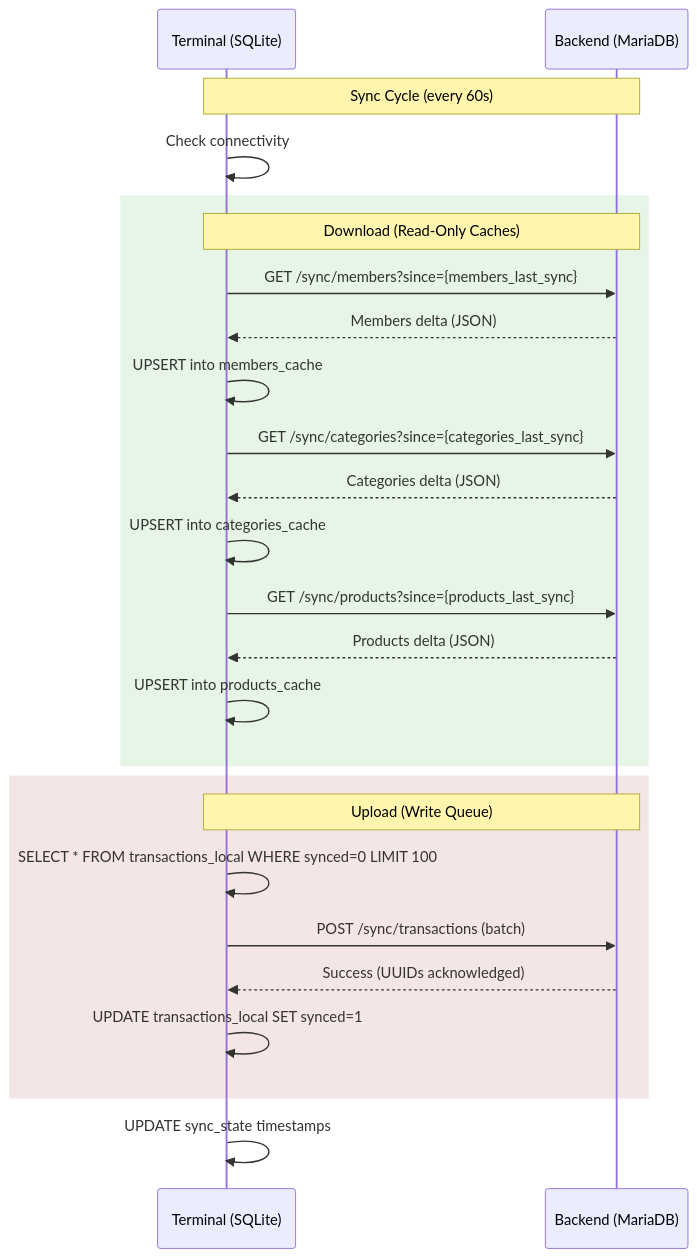
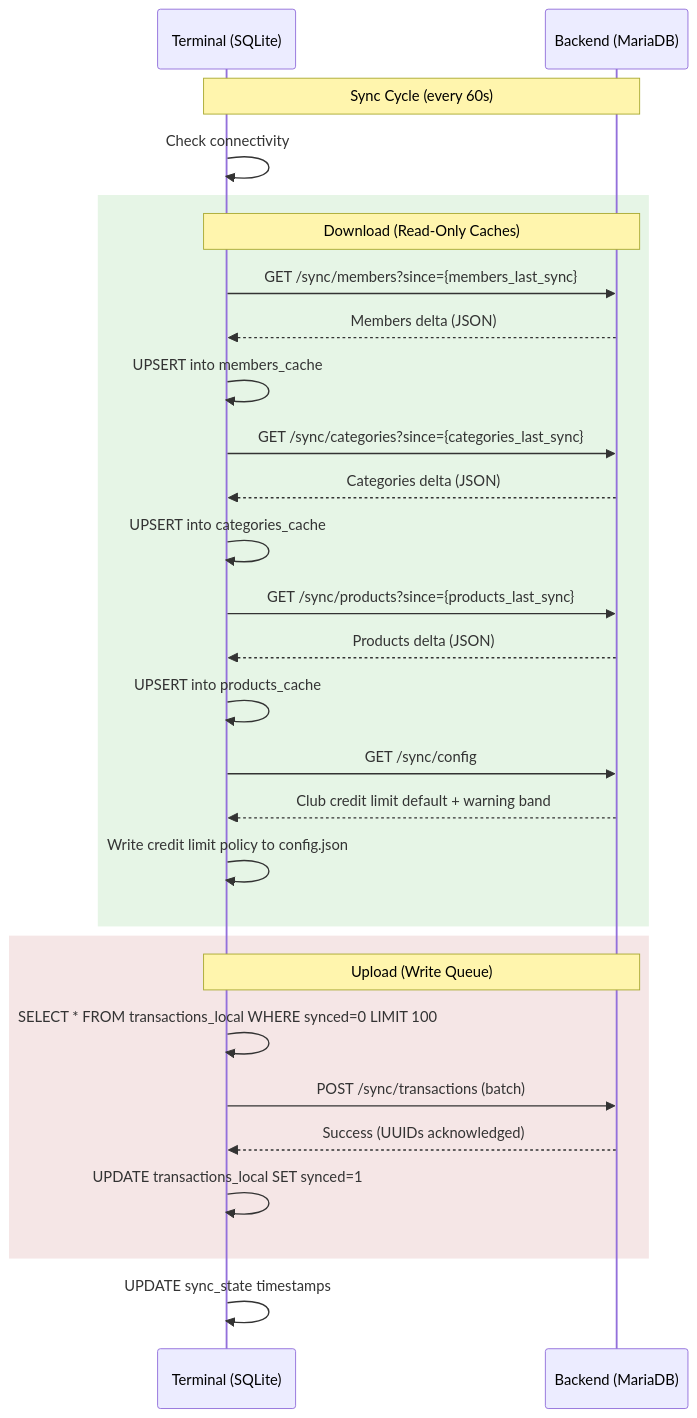
The second of 3 diagrams in docs/erm-frontend.md (dgloeckner/clubbar), drawn with Mermaid before and after one commit. The commit also changed other lines of this file and 107 other files, not shown here.

First line of the commit message:
Per-member credit limits: a club default, a per-member override (epic #555, ADR-0047) (#678)

````diff
--- a/docs/erm-frontend.md
+++ b/docs/erm-frontend.md
@@ -246,34 +259,38 @@
 ```mermaid
 sequenceDiagram
     participant T as Terminal (SQLite)
     participant B as Backend (MariaDB)
 
     Note over T,B: Sync Cycle (every 60s)
 
     T->>T: Check connectivity
 
     rect rgb(230, 245, 230)
         Note over T,B: Download (Read-Only Caches)
         T->>B: GET /sync/members?since={members_last_sync}
         B-->>T: Members delta (JSON)
         T->>T: UPSERT into members_cache
 
         T->>B: GET /sync/categories?since={categories_last_sync}
         B-->>T: Categories delta (JSON)
         T->>T: UPSERT into categories_cache
 
         T->>B: GET /sync/products?since={products_last_sync}
         B-->>T: Products delta (JSON)
         T->>T: UPSERT into products_cache
+
+        T->>B: GET /sync/config
+        B-->>T: Club credit limit default + warning band
+        T->>T: Write credit limit policy to config.json
     end
 
     rect rgb(245, 230, 230)
         Note over T,B: Upload (Write Queue)
         T->>T: SELECT * FROM transactions_local WHERE synced=0 LIMIT 100
         T->>B: POST /sync/transactions (batch)
         B-->>T: Success (UUIDs acknowledged)
         T->>T: UPDATE transactions_local SET synced=1
     end
 
     T->>T: UPDATE sync_state timestamps
 ```
````
